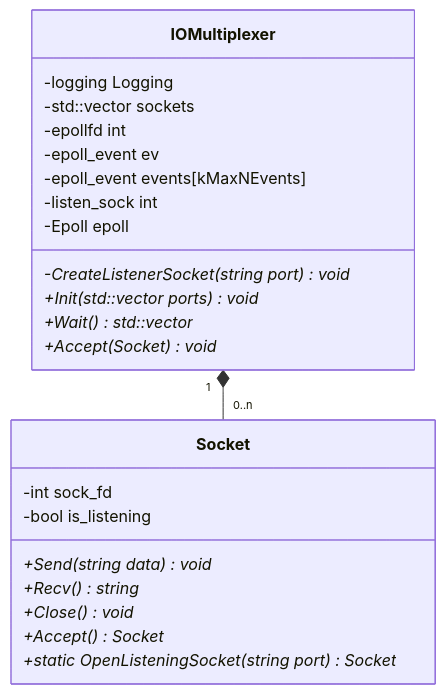
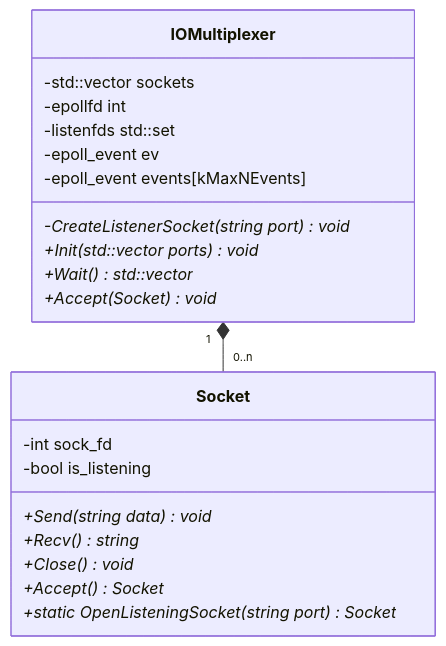
The diagram in docs/class/socket_class.md (katataku/webserv), drawn with Mermaid before and after one commit. The commit also changed other lines of this file, not shown here.

````diff
--- a/docs/class/socket_class.md
+++ b/docs/class/socket_class.md
@@ -3,29 +3,27 @@
 ```mermaid
 classDiagram
   IOMultiplexer "1" *-- "0..n" Socket
 
   class Socket {
     -int sock_fd
     -bool is_listening
     +Send(string data)* void
     +Recv()* string
     +Close()* void
     +Accept()* Socket
     +static OpenListeningSocket(string port)* Socket
   }
 
   class IOMultiplexer {
-    -logging Logging
     -std::vector<Socket> sockets
     -epollfd int
+    -listenfds std::set<int>
     -epoll_event ev
     -epoll_event events[kMaxNEvents]
-    -listen_sock int
     -CreateListenerSocket(string port)* void
-    -Epoll epoll
     +Init(std::vector<std::string> ports)* void
     +Wait()* std::vector<Socket>
     +Accept(Socket)* void
   }
 
 ```
````
